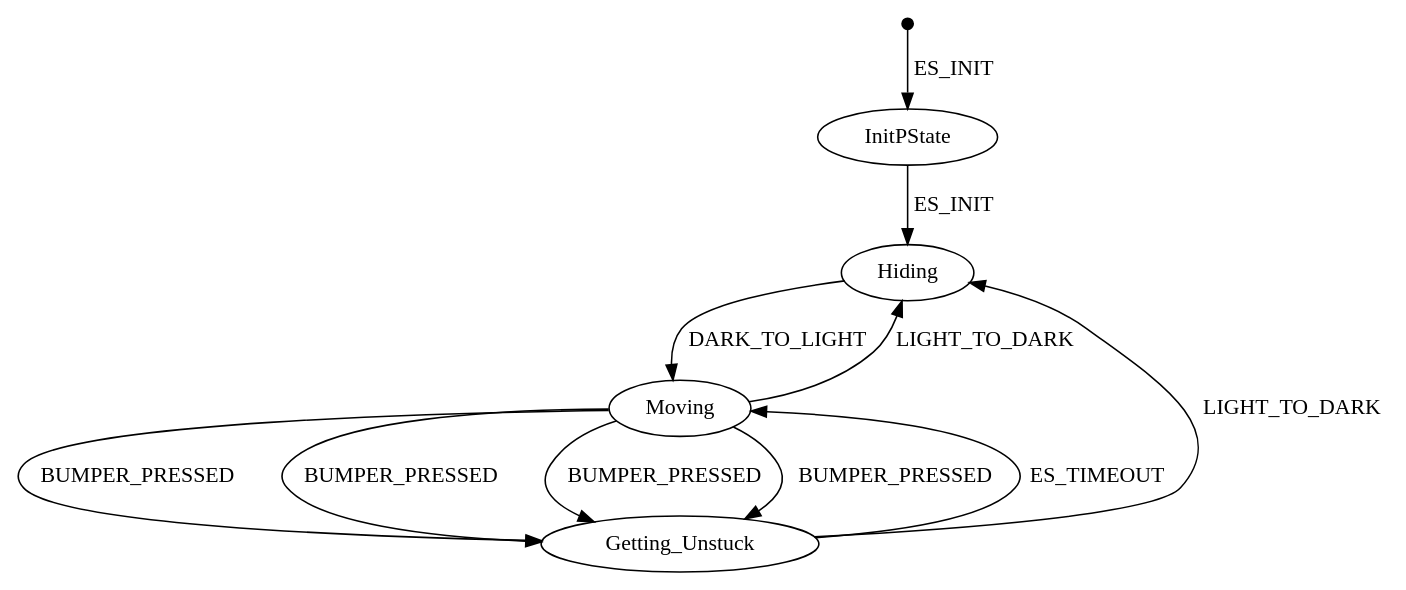
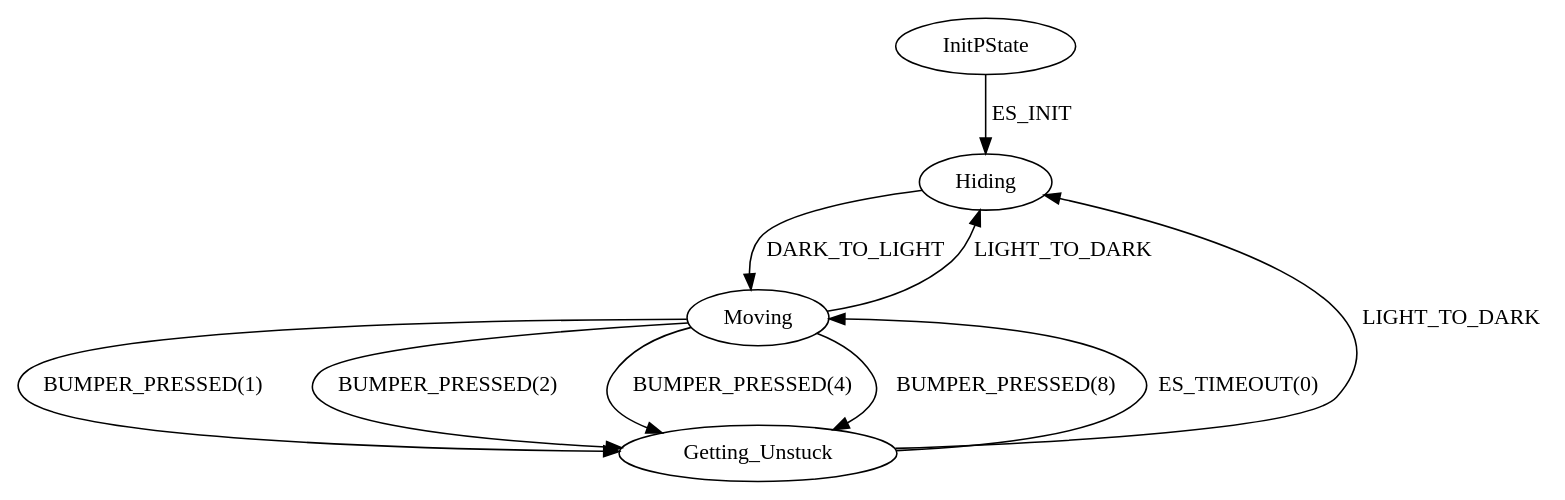
The diagram in sample/step004_gv_digraph.gv (jasmine-lesner/StateMachineVisualizer), drawn with Graphviz before and after one commit. The commit also changed 7 other files, not shown here.

```diff
--- a/sample/step004_gv_digraph.gv
+++ b/sample/step004_gv_digraph.gv
@@ -1,26 +1,25 @@
 
 digraph fsm {
 
     // header
     // rankdir=LR;
-    init [shape = "point", color = "black",style="filled",width=.1,forcelabels=false]; 
+    // init [shape = "point", color = "black",style="filled",width=.1,forcelabels=false]; 
 
     // states
-    InitPState;
-    Hiding;
-    Moving;
-    Getting_Unstuck;
+    "InitPState";
+    "Hiding";
+    "Moving";
+    "Getting_Unstuck";
 
     // transitions
-    init -> InitPState[label = ES_INIT];
-    InitPState -> Hiding  [label = ES_INIT]; // switch if
-    Hiding -> Moving  [label = DARK_TO_LIGHT]; // switch switch
-    Moving -> Hiding  [label = LIGHT_TO_DARK]; // switch if
-    Moving -> Getting_Unstuck  [label = BUMPER_PRESSED]; // switch if
-    Moving -> Getting_Unstuck  [label = BUMPER_PRESSED]; // switch if
-    Moving -> Getting_Unstuck  [label = BUMPER_PRESSED]; // switch if
-    Moving -> Getting_Unstuck  [label = BUMPER_PRESSED]; // switch if
-    Getting_Unstuck -> Hiding  [label = LIGHT_TO_DARK]; // switch if
-    Getting_Unstuck -> Moving  [label = ES_TIMEOUT]; // switch if
+    "InitPState" -> "Hiding" [label = "ES_INIT" ]; // switch if
+    "Hiding" -> "Moving" [label = "DARK_TO_LIGHT" ]; // switch switch
+    "Moving" -> "Hiding" [label = "LIGHT_TO_DARK" ]; // switch if
+    "Moving" -> "Getting_Unstuck" [label = "BUMPER_PRESSED(1)" ]; // switch if
+    "Moving" -> "Getting_Unstuck" [label = "BUMPER_PRESSED(2)" ]; // switch if
+    "Moving" -> "Getting_Unstuck" [label = "BUMPER_PRESSED(4)" ]; // switch if
+    "Moving" -> "Getting_Unstuck" [label = "BUMPER_PRESSED(8)" ]; // switch if
+    "Getting_Unstuck" -> "Hiding" [label = "LIGHT_TO_DARK" ]; // switch if
+    "Getting_Unstuck" -> "Moving" [label = "ES_TIMEOUT(0)" ]; // switch if
 
 }
```
